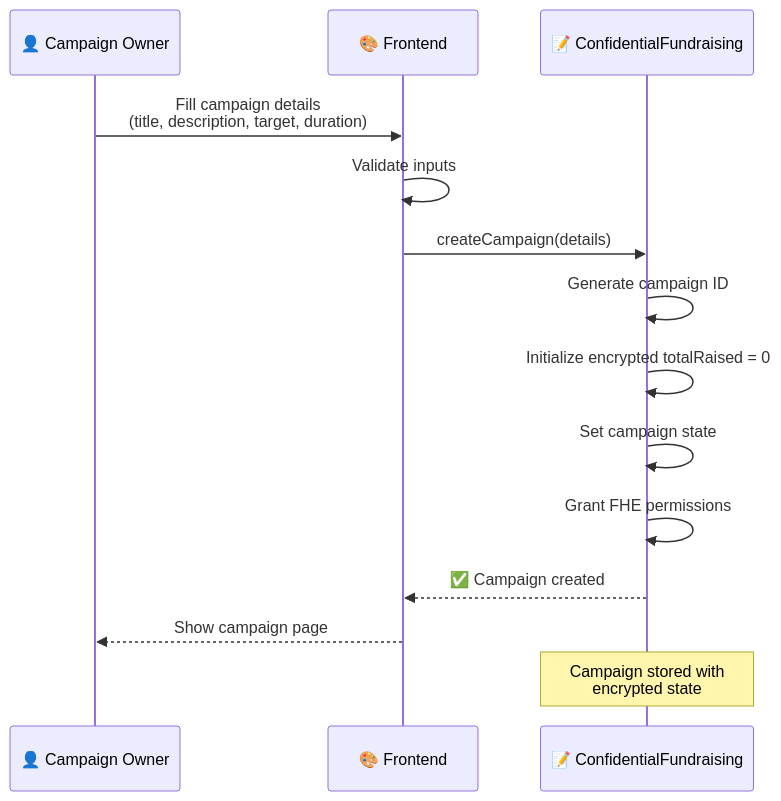
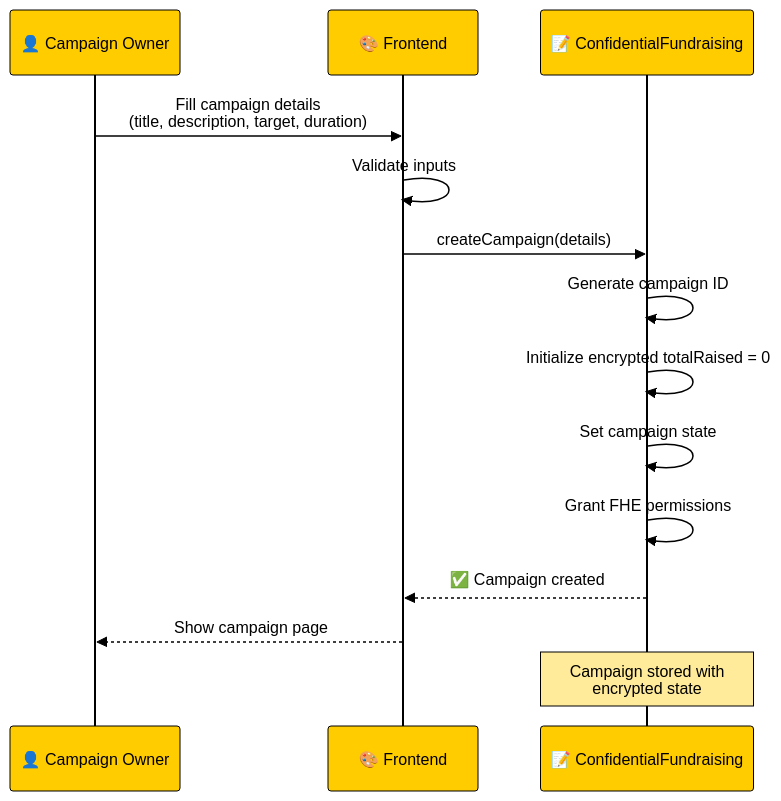
Before and after one commit to cris-the-dev/confidental-fundraising: the third of 8 diagrams in README.md, drawn with Mermaid.

Commit message:
chore(): update mermaid diagrams style

````diff
--- a/README.md
+++ b/README.md
@@ -140,18 +140,19 @@
 ```mermaid
+%%{init: {'theme':'base', 'themeVariables': {'primaryColor':'#ffcc00','primaryTextColor':'#000','primaryBorderColor':'#000','lineColor':'#000','secondaryColor':'#ffeb99','tertiaryColor':'#fff','noteBkgColor':'#ffeb99','noteTextColor':'#000','noteBorderColor':'#000','actorBkg':'#ffcc00','actorBorder':'#000','actorTextColor':'#000','actorLineColor':'#000','signalColor':'#000','signalTextColor':'#000','labelBoxBkgColor':'#ffeb99','labelBoxBorderColor':'#000','labelTextColor':'#000','loopTextColor':'#000','activationBorderColor':'#000','activationBkgColor':'#ffffcc','sequenceNumberColor':'#000'}}}%%
 sequenceDiagram
     participant U as 👤 Campaign Owner
     participant F as 🎨 Frontend
     participant CF as 📝 ConfidentialFundraising
 
     U->>F: Fill campaign details<br/>(title, description, target, duration)
     F->>F: Validate inputs
     F->>CF: createCampaign(details)
     CF->>CF: Generate campaign ID
     CF->>CF: Initialize encrypted totalRaised = 0
     CF->>CF: Set campaign state
     CF->>CF: Grant FHE permissions
     CF-->>F: ✅ Campaign created
     F-->>U: Show campaign page
 
     Note over CF: Campaign stored with<br/>encrypted state
 ```
````
